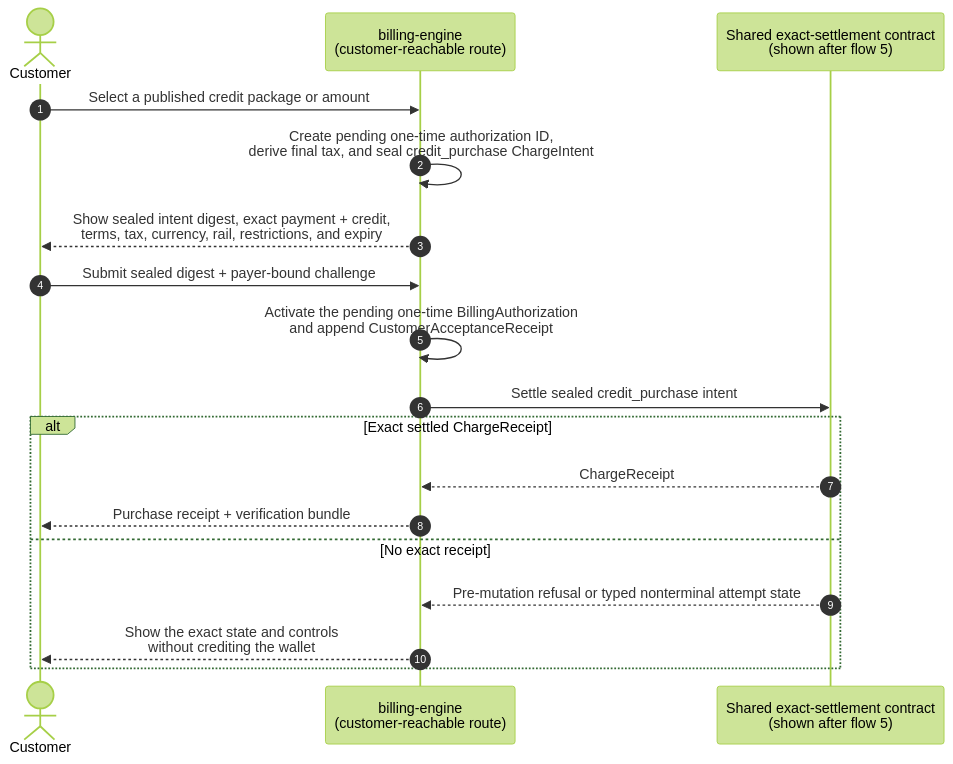
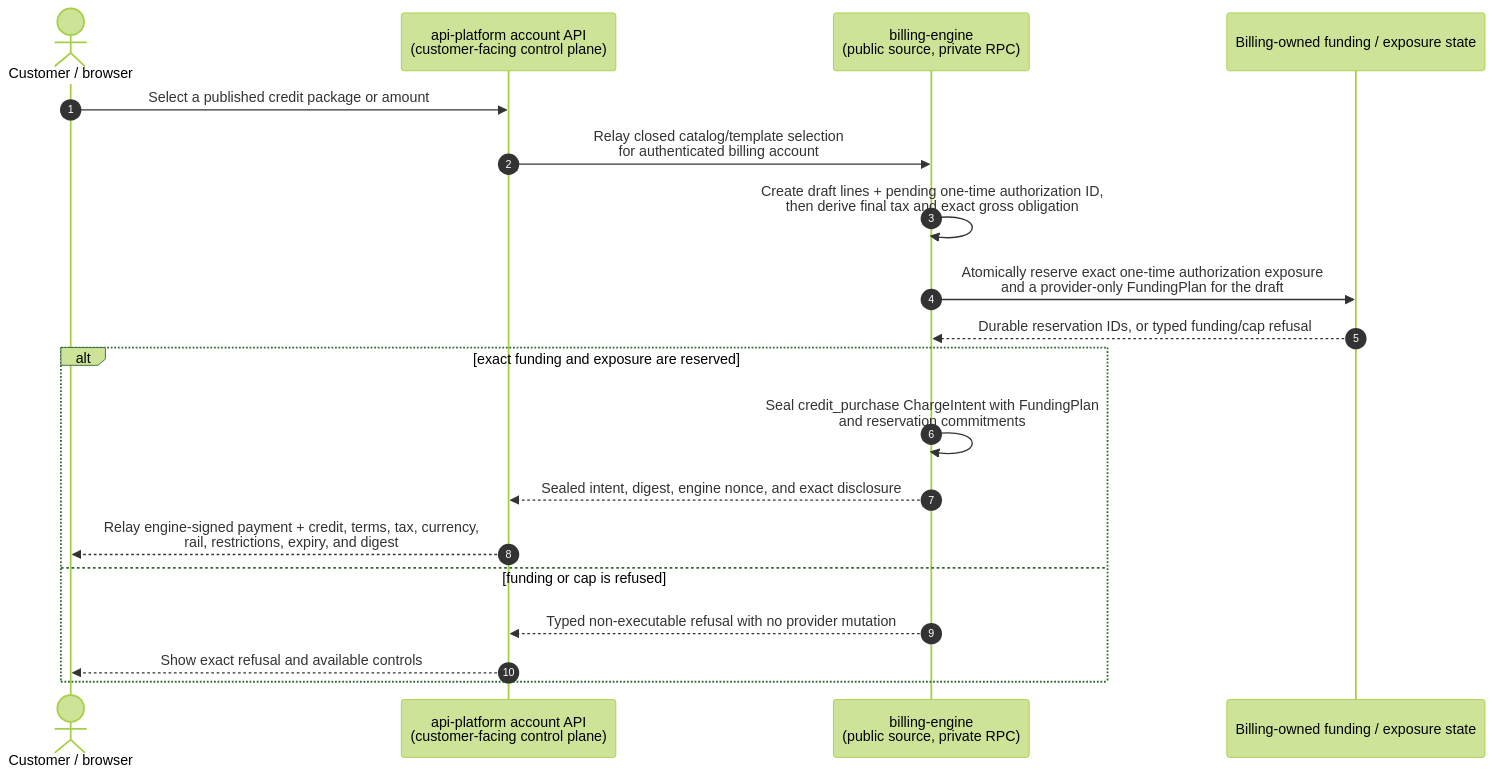
The fifth of 17 diagrams in README.md (mirrorstack-ai/billing-engine), drawn with Mermaid (forest theme) before and after one commit. The commit also changed other lines of this file and 8 other files, not shown here.

Commit message:
docs: harden intent-only billing architecture

````diff
--- a/README.md
+++ b/README.md
@@ -153,21 +448,22 @@
 ```mermaid
 sequenceDiagram
     autonumber
-    actor Customer
-    participant Engine as billing-engine<br/>(customer-reachable route)
-    participant Settlement as Shared exact-settlement contract<br/>(shown after flow 5)
+    actor Customer as Customer / browser
+    participant API as api-platform account API<br/>(customer-facing control plane)
+    participant Engine as billing-engine<br/>(public source, private RPC)
+    participant State as Billing-owned funding / exposure state
 
-    Customer->>Engine: Select a published credit package or amount
-    Engine->>Engine: Create pending one-time authorization ID,<br/>derive final tax, and seal credit_purchase ChargeIntent
-    Engine-->>Customer: Show sealed intent digest, exact payment + credit,<br/>terms, tax, currency, rail, restrictions, and expiry
-    Customer->>Engine: Submit sealed digest + payer-bound challenge
-    Engine->>Engine: Activate the pending one-time BillingAuthorization<br/>and append CustomerAcceptanceReceipt
-    Engine->>Settlement: Settle sealed credit_purchase intent
-    alt Exact settled ChargeReceipt
-        Settlement-->>Engine: ChargeReceipt
-        Engine-->>Customer: Purchase receipt + verification bundle
-    else No exact receipt
-        Settlement-->>Engine: Pre-mutation refusal or typed nonterminal attempt state
-        Engine-->>Customer: Show the exact state and controls<br/>without crediting the wallet
+    Customer->>API: Select a published credit package or amount
+    API->>Engine: Relay closed catalog/template selection<br/>for authenticated billing account
+    Engine->>Engine: Create draft lines + pending one-time authorization ID,<br/>then derive final tax and exact gross obligation
+    Engine->>State: Atomically reserve exact one-time authorization exposure<br/>and a provider-only FundingPlan for the draft
+    State-->>Engine: Durable reservation IDs, or typed funding/cap refusal
+    alt exact funding and exposure are reserved
+        Engine->>Engine: Seal credit_purchase ChargeIntent with FundingPlan<br/>and reservation commitments
+        Engine-->>API: Sealed intent, digest, engine nonce, and exact disclosure
+        API-->>Customer: Relay engine-signed payment + credit, terms, tax, currency,<br/>rail, restrictions, expiry, and digest
+    else funding or cap is refused
+        Engine-->>API: Typed non-executable refusal with no provider mutation
+        API-->>Customer: Show exact refusal and available controls
     end
 ```
````
